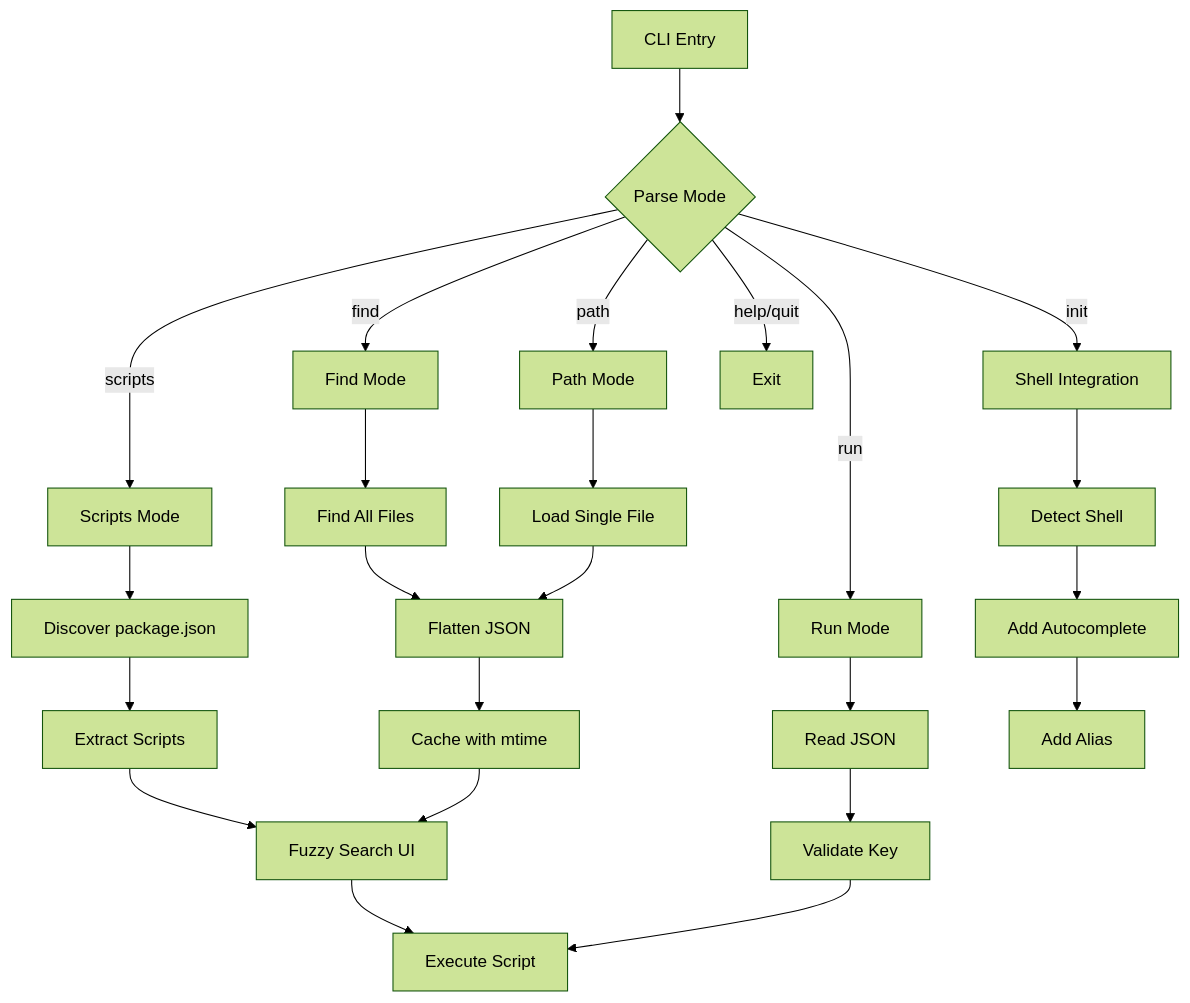
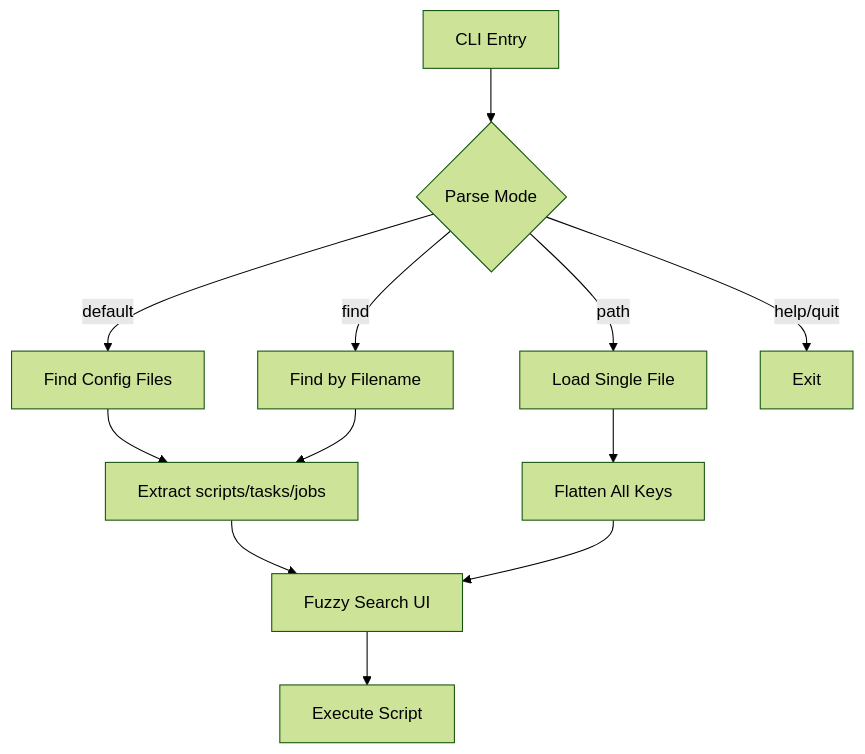
The diagram in README.md (yowainwright/fjsf), drawn with Mermaid (forest theme) before and after one commit. The commit also changed other lines of this file and 13 other files, not shown here.

````diff
--- a/README.md
+++ b/README.md
@@ -31,31 +22,16 @@
 ```mermaid
 graph TD
     A[CLI Entry] --> B{Parse Mode}
-    B -->|scripts| C[Scripts Mode]
-    B -->|find| D[Find Mode]
-    B -->|path| E[Path Mode]
-    B -->|run| F[Run Mode]
-    B -->|init| G[Shell Integration]
-    B -->|help/quit| H[Exit]
+    B -->|default| C[Find Config Files]
+    B -->|find| D[Find by Filename]
+    B -->|path| E[Load Single File]
+    B -->|help/quit| F[Exit]
 
-    C --> I[Discover package.json]
-    I --> J[Extract Scripts]
-    J --> K[Fuzzy Search UI]
-    K --> L[Execute Script]
+    C --> G[Extract scripts/tasks/jobs]
+    D --> G
+    G --> H[Fuzzy Search UI]
+    H --> I[Execute Script]
 
-    D --> M[Find All Files]
-    M --> N[Flatten JSON]
-    N --> O[Cache with mtime]
-    O --> K
-
-    E --> P[Load Single File]
-    P --> N
-
-    F --> Q[Read JSON]
-    Q --> R[Validate Key]
-    R --> L
-
-    G --> S[Detect Shell]
-    S --> T[Add Autocomplete]
-    T --> U[Add Alias]
+    E --> J[Flatten All Keys]
+    J --> H
 ```
````
